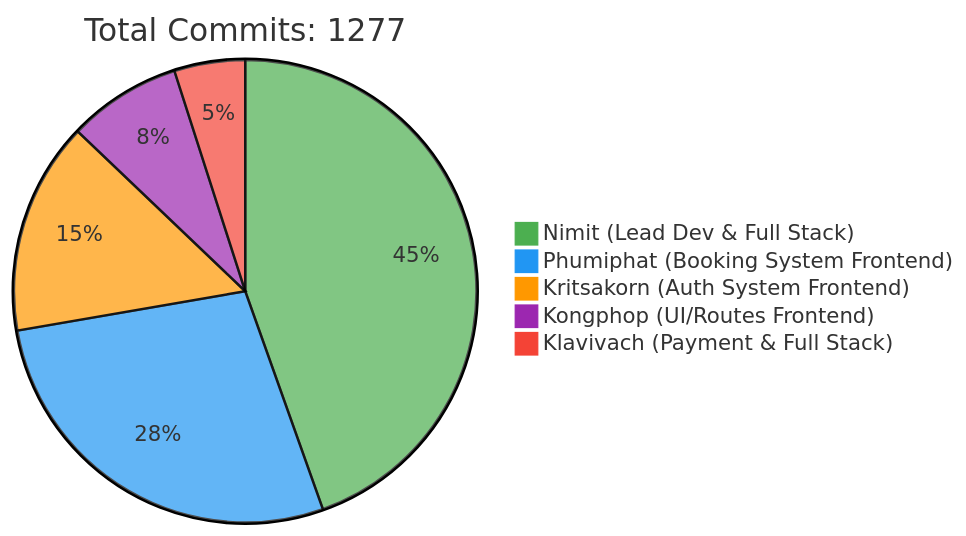
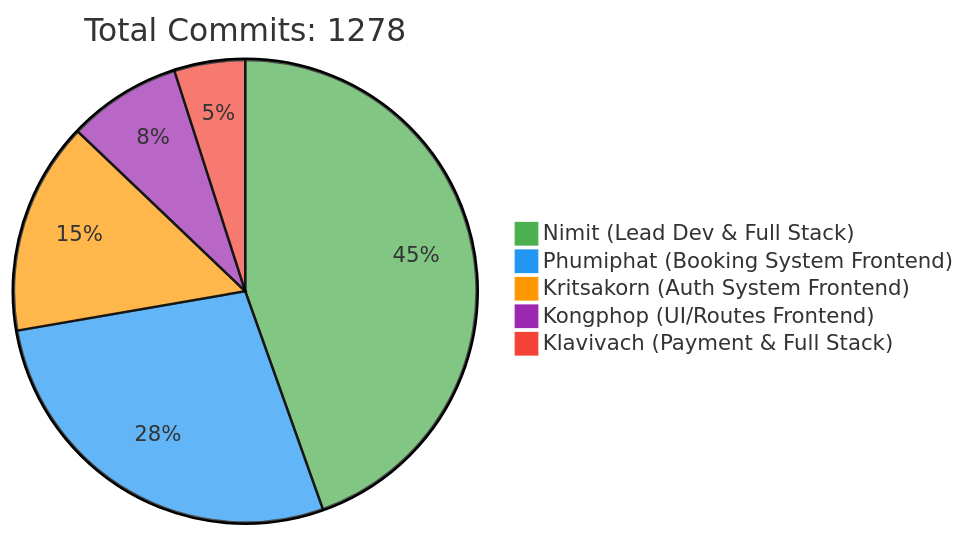
The first of 2 diagrams in README.md (6531503042/Sport-Complex), drawn with Mermaid before and after one commit. The commit also changed other lines of this file, not shown here.

Commit message:
docs: Update contributor statistics [skip ci]

````diff
--- a/README.md
+++ b/README.md
@@ -257,10 +257,10 @@
 ```mermaid
 %%{init: {'theme': 'base', 'themeVariables': { 'pie1': '#4CAF50', 'pie2': '#2196F3', 'pie3': '#FF9800', 'pie4': '#9C27B0', 'pie5': '#F44336'}}}%%
 pie
-    title Total Commits: 1277
+    title Total Commits: 1278
     "Nimit (Lead Dev & Full Stack)" : 450
     "Phumiphat (Booking System Frontend)" : 280
     "Kritsakorn (Auth System Frontend)" : 150
     "Kongphop (UI/Routes Frontend)" : 80
     "Klavivach (Payment & Full Stack)" : 50
 ```
````
